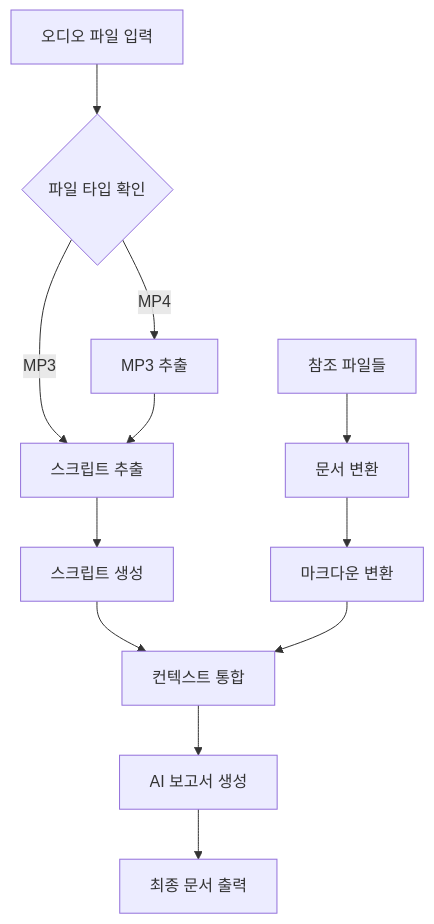
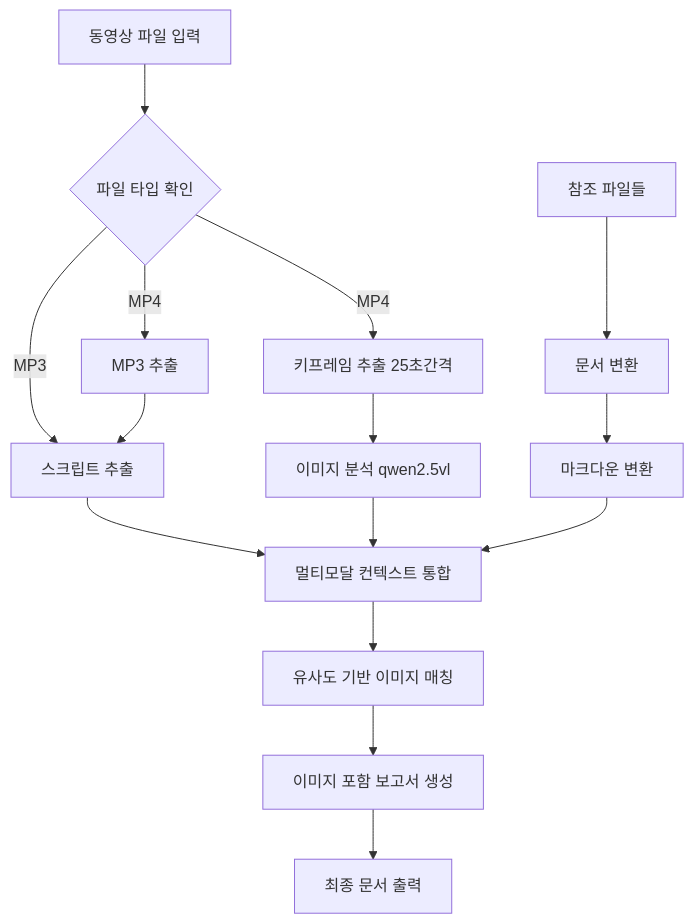
The diagram in README.md (iorikyo79/video2doc), drawn with Mermaid before and after one commit. The commit also changed other lines of this file and 2 other files, not shown here.

Commit message:
README 및 PRD 문서 업데이트: 다양한 프레젠테이션 동영상 지원, 스크린샷 추출 및 고급 이미지 분석 기능 추가

````diff
--- a/README.md
+++ b/README.md
@@ -22,16 +35,19 @@
 ```mermaid
 graph TD
-    A[오디오 파일 입력] --> B{파일 타입 확인}
+    A[동영상 파일 입력] --> B{파일 타입 확인}
     B -->|MP4| C[MP3 추출]
-    B -->|MP3| D[스크립트 추출]
-    C --> D[스크립트 추출]
-    D --> E[스크립트 생성]
+    B -->|MP4| D[키프레임 추출 25초간격]
+    B -->|MP3| E[스크립트 추출]
+    C --> E[스크립트 추출]
+    D --> F[이미지 분석 qwen2.5vl]
     
-    F[참조 파일들] --> G[문서 변환]
-    G --> H[마크다운 변환]
+    G[참조 파일들] --> H[문서 변환]
+    H --> I[마크다운 변환]
     
-    E --> I[컨텍스트 통합]
-    H --> I
-    I --> J[AI 보고서 생성]
-    J --> K[최종 문서 출력]
+    E --> J[멀티모달 컨텍스트 통합]
+    F --> J
+    I --> J
+    J --> K[유사도 기반 이미지 매칭]
+    K --> L[이미지 포함 보고서 생성]
+    L --> M[최종 문서 출력]
 ```
````
